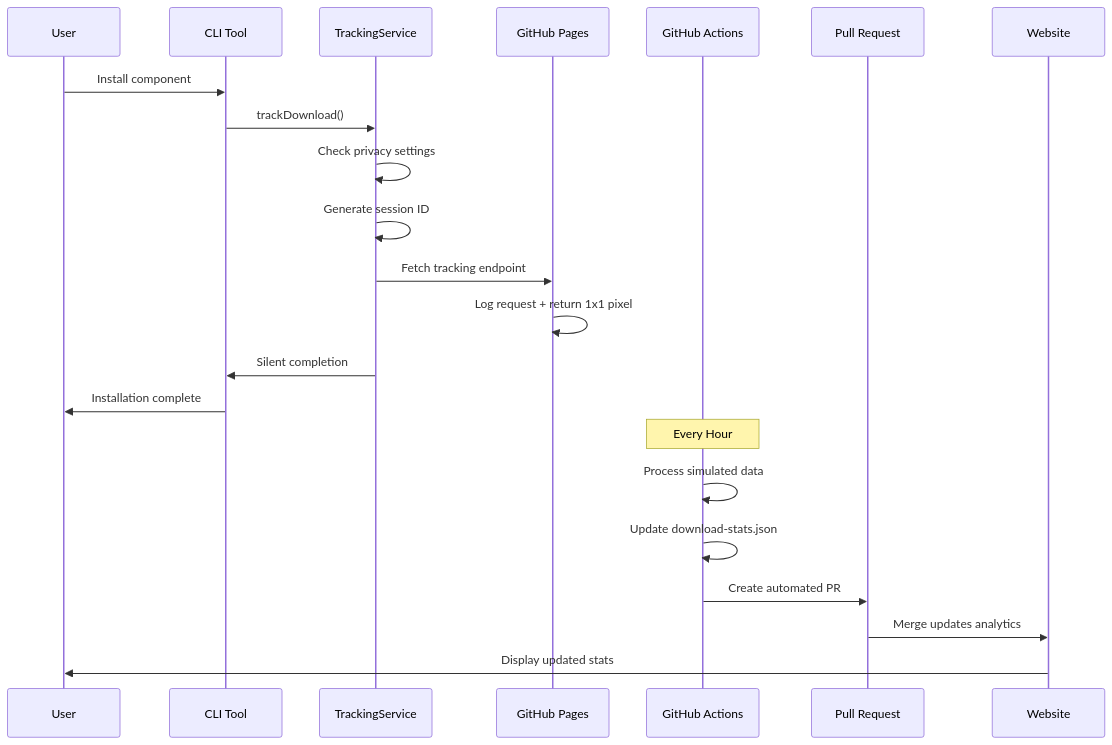
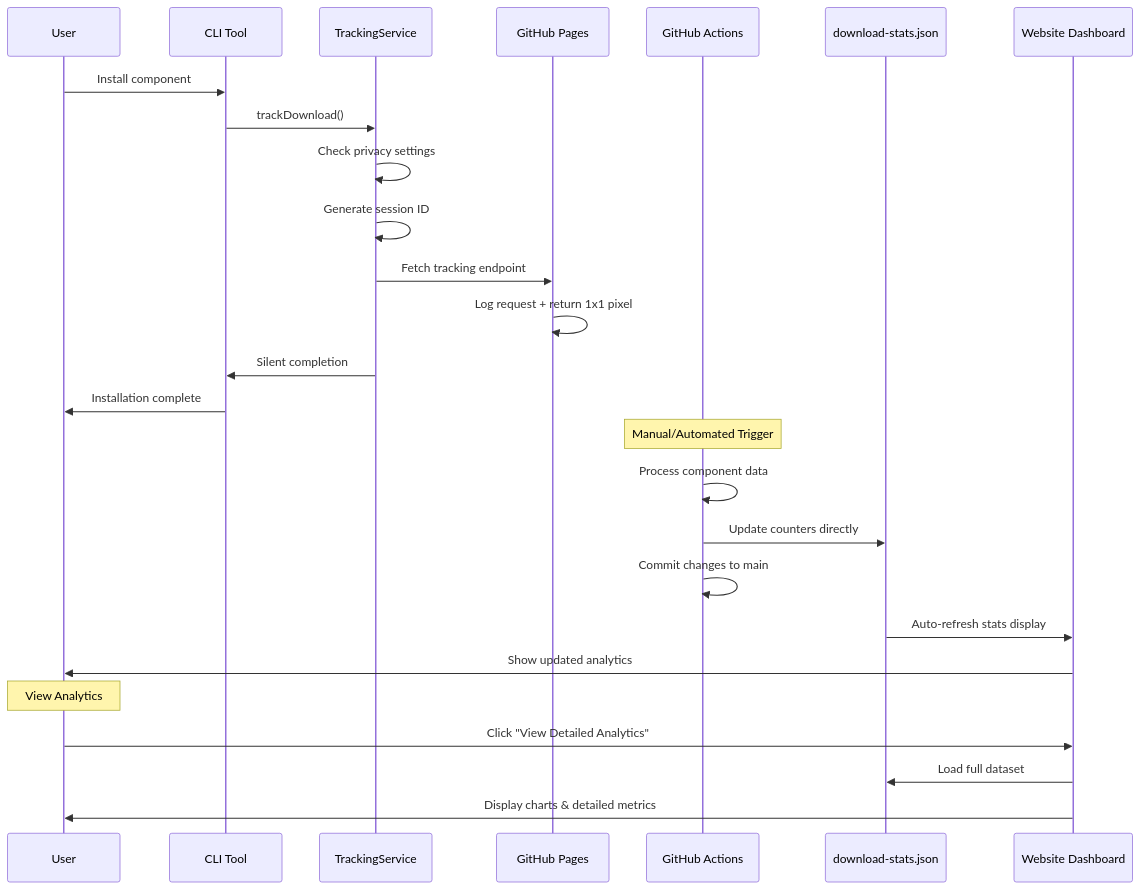
The sixth of 13 diagrams in TRACKING_SYSTEM.md (djimit/claude-code-templates), drawn with Mermaid before and after one commit. The commit also changed other lines of this file and 6 other files, not shown here.

First line of the commit message:
feat: implement elegant download tracking system with analytics dashboard

````diff
--- a/TRACKING_SYSTEM.md
+++ b/TRACKING_SYSTEM.md
@@ -147,26 +183,31 @@
 ```mermaid
 sequenceDiagram
     participant User as User
     participant CLI as CLI Tool
     participant TS as TrackingService
     participant GP as GitHub Pages
     participant GA as GitHub Actions
-    participant PR as Pull Request
-    participant WEB as Website
+    participant JSON as download-stats.json
+    participant WEB as Website Dashboard
     
     User->>CLI: Install component
     CLI->>TS: trackDownload()
     TS->>TS: Check privacy settings
     TS->>TS: Generate session ID
     TS->>GP: Fetch tracking endpoint
     GP->>GP: Log request + return 1x1 pixel
     TS->>CLI: Silent completion
     CLI->>User: Installation complete
     
-    Note over GA: Every Hour
-    GA->>GA: Process simulated data
-    GA->>GA: Update download-stats.json
-    GA->>PR: Create automated PR
-    PR->>WEB: Merge updates analytics
-    WEB->>User: Display updated stats
+    Note over GA: Manual/Automated Trigger
+    GA->>GA: Process component data
+    GA->>JSON: Update counters directly
+    GA->>GA: Commit changes to main
+    JSON->>WEB: Auto-refresh stats display
+    WEB->>User: Show updated analytics
+    
+    Note over User: View Analytics
+    User->>WEB: Click "View Detailed Analytics"
+    WEB->>JSON: Load full dataset
+    WEB->>User: Display charts & detailed metrics
 ```
````
